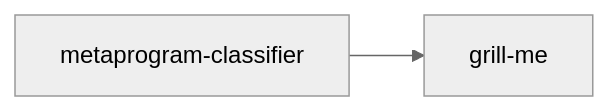
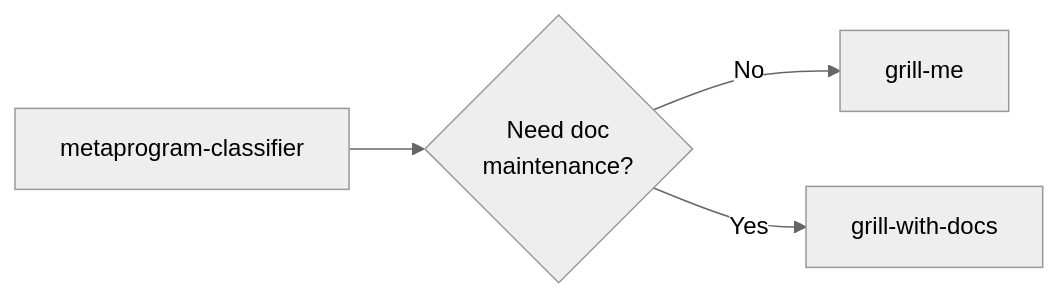
The fifth of 5 diagrams in docs/on-demand-skills.md (mateuszrapacz/maister), drawn with Mermaid (neutral theme) before and after one commit. The commit also changed other lines of this file and 58 other files, not shown here.

````diff
--- a/docs/on-demand-skills.md
+++ b/docs/on-demand-skills.md
@@ -178,4 +180,6 @@
 ```mermaid
 flowchart LR
-  D1[metaprogram-classifier] --> D2[grill-me]
+  D1[metaprogram-classifier] --> D2{Need doc<br/>maintenance?}
+  D2 -->|No| D3[grill-me]
+  D2 -->|Yes| D4[grill-with-docs]
 ```
````
